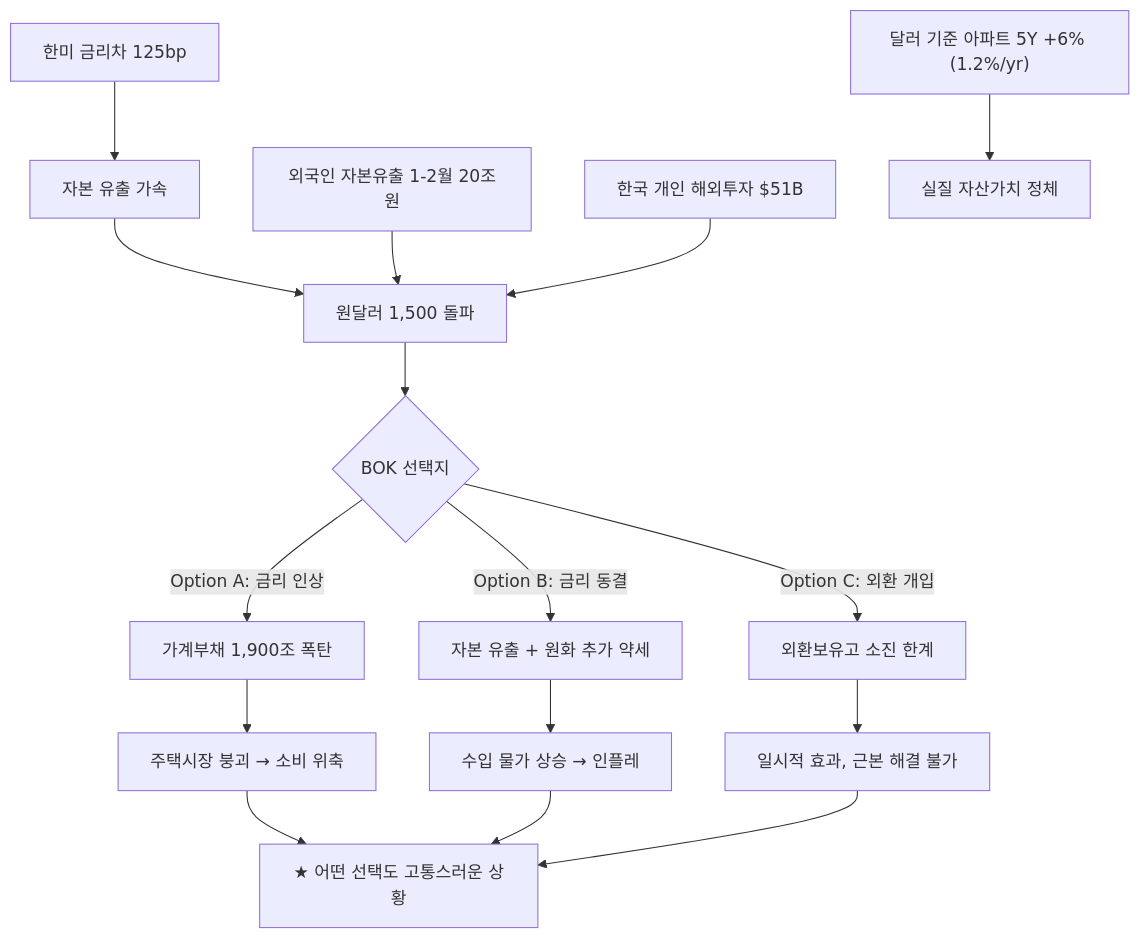
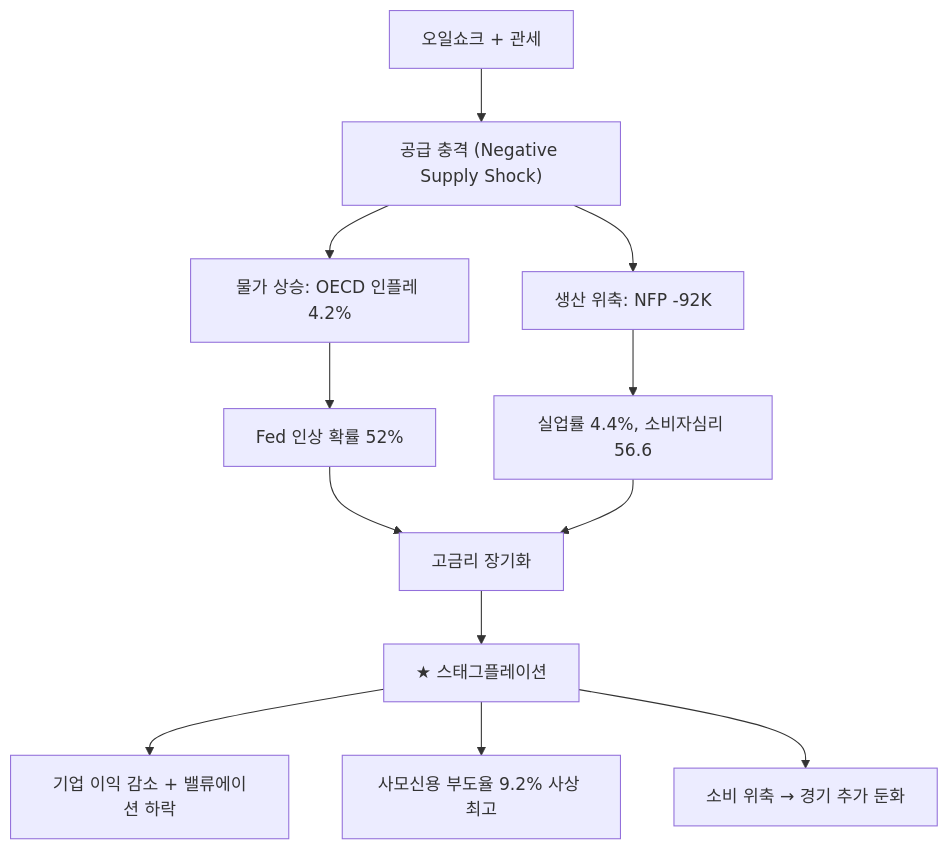
Before and after one commit to dss99911/dss99911.github.io: the fourth of 11 diagrams in _posts/knowledge/invest/2026-01-12-macroeconomic-policy-sector-outlook-2026.md, drawn with Mermaid. The commit also changed other lines of this file and 3 other files, not shown here.

````diff
--- a/_posts/knowledge/invest/2026-01-12-macroeconomic-policy-sector-outlook-2026.md
+++ b/_posts/knowledge/invest/2026-01-12-macroeconomic-policy-sector-outlook-2026.md
@@ -196,18 +160,14 @@
 ```mermaid
 graph TD
-    A["한미 금리차 125bp"] --> B["자본 유출 가속"]
-    B --> C["원달러 1,500 돌파"]
-    C --> D{"BOK 선택지"}
-    D -->|"Option A: 금리 인상"| E["가계부채 1,900조 폭탄"]
-    D -->|"Option B: 금리 동결"| F["자본 유출 + 원화 추가 약세"]
-    D -->|"Option C: 외환 개입"| G["외환보유고 소진 한계"]
-    E --> H["주택시장 붕괴 → 소비 위축"]
-    F --> I["수입 물가 상승 → 인플레"]
-    G --> J["일시적 효과, 근본 해결 불가"]
-    H --> K["★ 어떤 선택도 고통스러운 상황"]
-    I --> K
-    J --> K
-    L["외국인 자본유출 1-2월 20조원"] --> C
-    M["한국 개인 해외투자 $51B"] --> C
-    N["달러 기준 아파트 5Y +6% #40;1.2%/yr#41;"] --> O["실질 자산가치 정체"]
+    A["오일쇼크 + 관세"] --> B["공급 충격 #40;Negative Supply Shock#41;"]
+    B --> C["물가 상승: OECD 인플레 4.2%"]
+    B --> D["생산 위축: NFP -92K"]
+    C --> E["Fed 인상 확률 52%"]
+    D --> F["실업률 4.4%, 소비자심리 56.6"]
+    E --> G["고금리 장기화"]
+    F --> G
+    G --> H["★ 스태그플레이션"]
+    H --> I["기업 이익 감소 + 밸류에이션 하락"]
+    H --> J["사모신용 부도율 9.2% 사상 최고"]
+    H --> K["소비 위축 → 경기 추가 둔화"]
 ```
````
